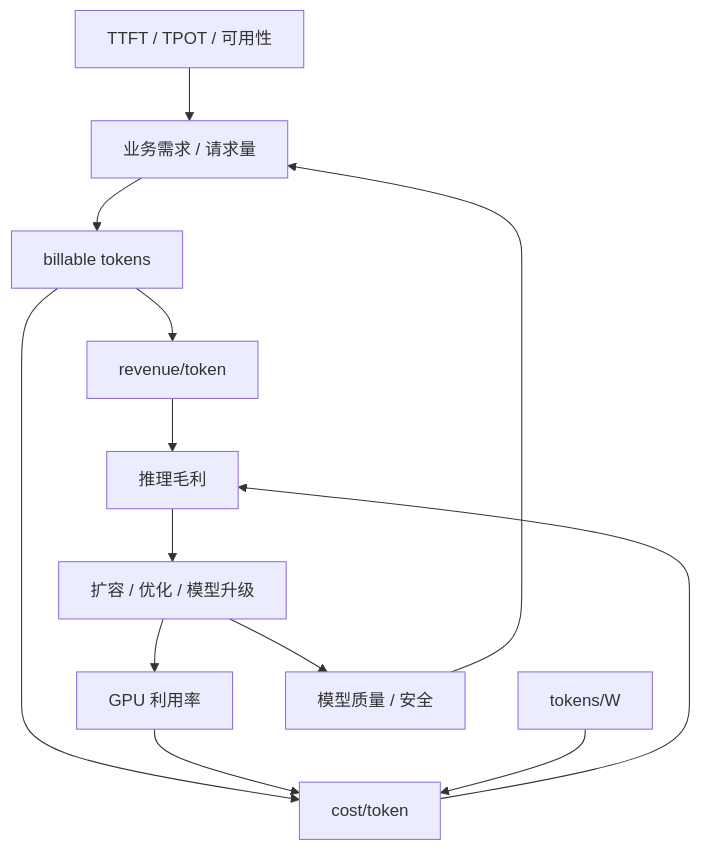
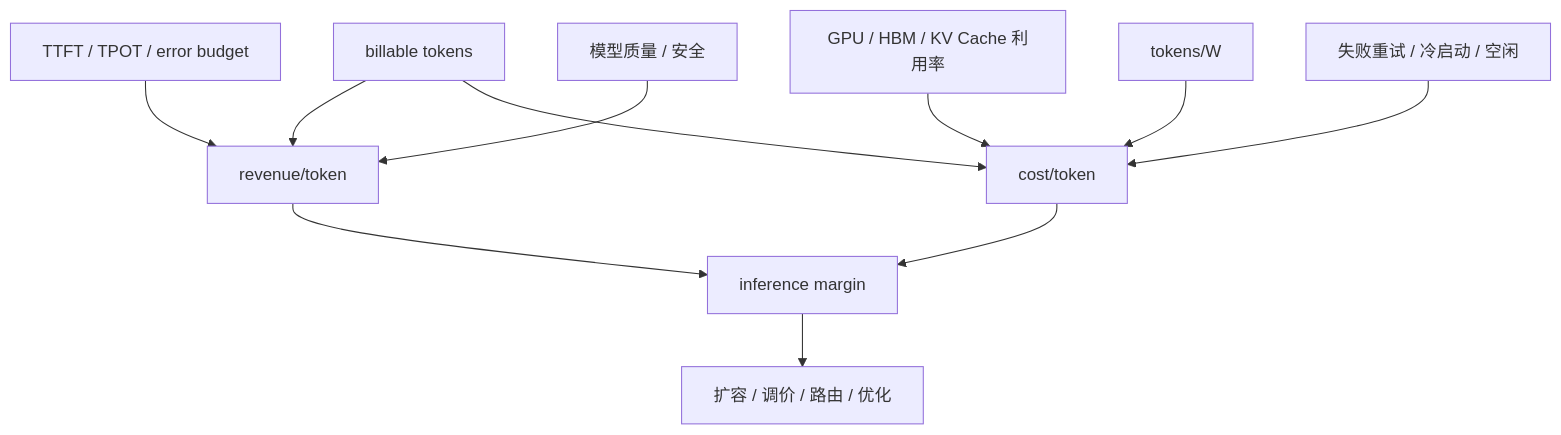
One commit to ikingye/ai-factory-engineering changed the second of 2 diagrams in docs/part-10-economics-cases/chapter-41-token-factory.md. Above: the diagram before and after it, drawn with Mermaid. The commit also changed other lines of this file and 3 other files, not shown here.

````diff
--- a/docs/part-10-economics-cases/chapter-41-token-factory.md
+++ b/docs/part-10-economics-cases/chapter-41-token-factory.md
@@ -75,15 +177,13 @@
 ```mermaid
 flowchart TB
-  Demand["业务需求 / 请求量"] --> Tokens["billable tokens"]
-  Tokens --> Revenue["revenue/token"]
+  Tokens["billable tokens"] --> Rev["revenue/token"]
   Tokens --> Cost["cost/token"]
-  Util["GPU 利用率"] --> Cost
+  Rev --> Margin["inference margin"]
+  Cost --> Margin
+  Util["GPU / HBM / KV Cache 利用率"] --> Cost
   Power["tokens/W"] --> Cost
-  SLO["TTFT / TPOT / 可用性"] --> Demand
-  Quality["模型质量 / 安全"] --> Demand
-  Revenue --> Margin["推理毛利"]
-  Cost --> Margin
-  Margin --> Invest["扩容 / 优化 / 模型升级"]
-  Invest --> Util
-  Invest --> Quality
+  SLO["TTFT / TPOT / error budget"] --> Rev
+  Quality["模型质量 / 安全"] --> Rev
+  Waste["失败重试 / 冷启动 / 空闲"] --> Cost
+  Margin --> Action["扩容 / 调价 / 路由 / 优化"]
 ```
````
